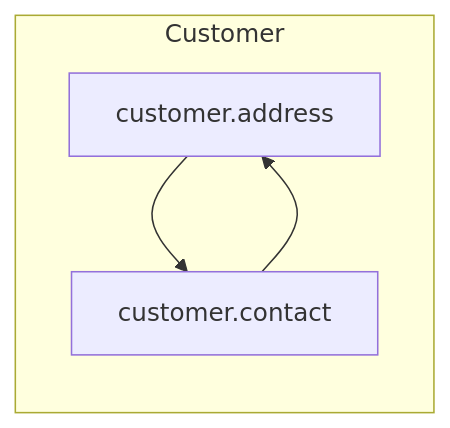
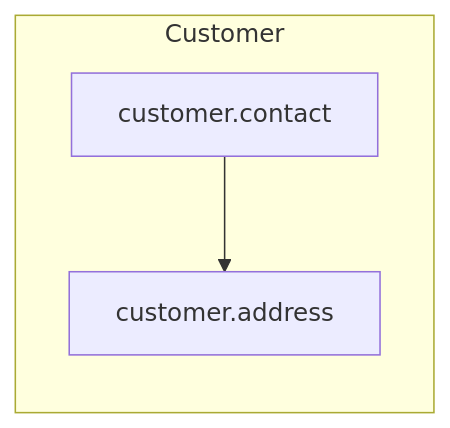
The first of 4 diagrams in blog/_draft.md (andreas-wagner-dev/object-oriented-learning-journey), drawn with Mermaid before and after one commit. The commit also changed other lines of this file, not shown here.

````diff
--- a/blog/_draft.md
+++ b/blog/_draft.md
@@ -70,10 +70,8 @@
 ```mermaid
 graph LR
     subgraph Customer
         Address[customer.address]
         Contact[customer.contact]
     end
-
-    Address --> Contact
     Contact --> Address
 ```
````
